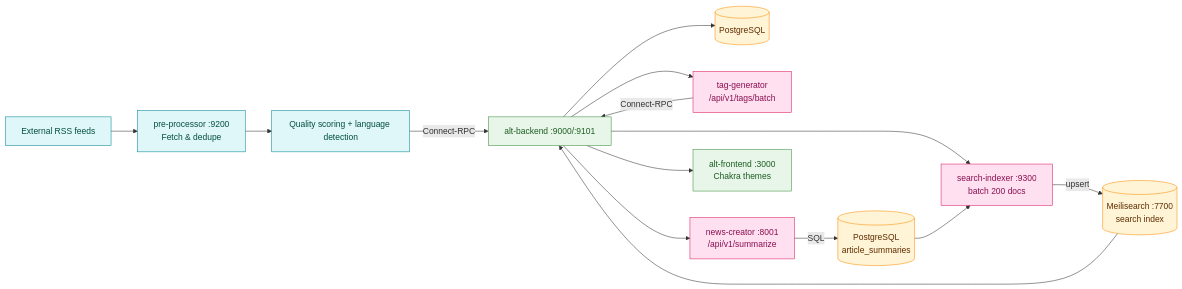
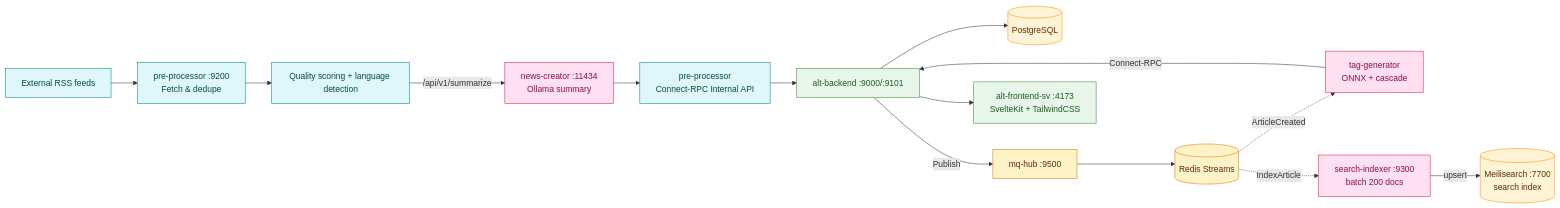
The third of 12 diagrams in README.md (Kaikei-e/Alt), drawn with Mermaid before and after one commit. The commit also changed other lines of this file, not shown here.

First line of the commit message:
docs(architecture): update README with new service components and flow adjustments

````diff
--- a/README.md
+++ b/README.md
@@ -315,21 +328,22 @@
 ```mermaid
 flowchart LR
     classDef ingest fill:#e0f7fa,stroke:#00838f,color:#004d40
     classDef ai fill:#ffe0f0,stroke:#d81b60,color:#880e4f
     classDef storage fill:#fff4d5,stroke:#fb8c00,color:#5d2c00
     classDef surface fill:#e8f5e9,stroke:#388e3c,color:#1b5e20
+    classDef event fill:#fef3c7,stroke:#d97706,color:#5d2c00
 
     RSS[External RSS feeds]:::ingest --> Fetch[pre-processor :9200<br/>Fetch & dedupe]:::ingest
     Fetch --> Score[Quality scoring + language detection]:::ingest
-    Score -->|Connect-RPC| Backend[alt-backend :9000/:9101]:::surface
+    Score -->|/api/v1/summarize| Summary[news-creator :11434<br/>Ollama summary]:::ai
+    Summary --> Save[pre-processor<br/>Connect-RPC Internal API]:::ingest
+    Save --> Backend[alt-backend :9000/:9101]:::surface
     Backend --> DB[(PostgreSQL)]:::storage
-    Backend --> TagJob[tag-generator<br/>/api/v1/tags/batch]:::ai
-    Backend --> SummaryJob[news-creator :8001<br/>/api/v1/summarize]:::ai
+    Backend -->|Publish| MQHub[mq-hub :9500]:::event
+    MQHub --> Streams[(Redis Streams)]:::event
+    Streams -.->|ArticleCreated| TagJob[tag-generator<br/>ONNX + cascade]:::ai
+    Streams -.->|IndexArticle| IndexBatch[search-indexer :9300<br/>batch 200 docs]:::ai
     TagJob -->|Connect-RPC| Backend
-    SummaryJob -->|SQL| SummaryDB[(PostgreSQL<br/>article_summaries)]:::storage
-    Backend --> IndexBatch[search-indexer :9300<br/>batch 200 docs]:::ai
-    SummaryDB --> IndexBatch
     IndexBatch -->|upsert| Meili[(Meilisearch :7700<br/>search index)]:::storage
-    Meili --> Backend
-    Backend --> Frontend[alt-frontend :3000<br/>Chakra themes]:::surface
+    Backend --> Frontend[alt-frontend-sv :4173<br/>SvelteKit + TailwindCSS]:::surface
 ```
````
